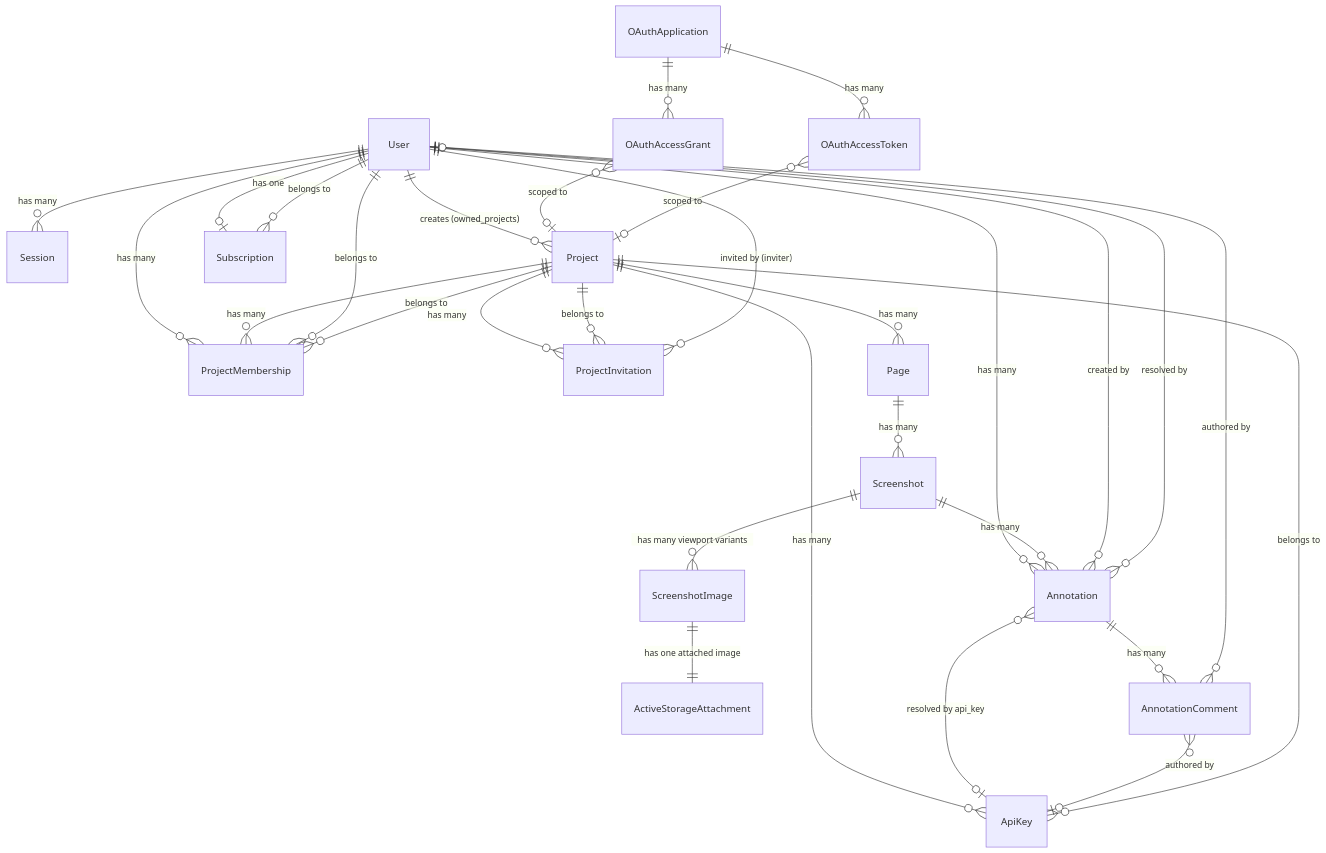
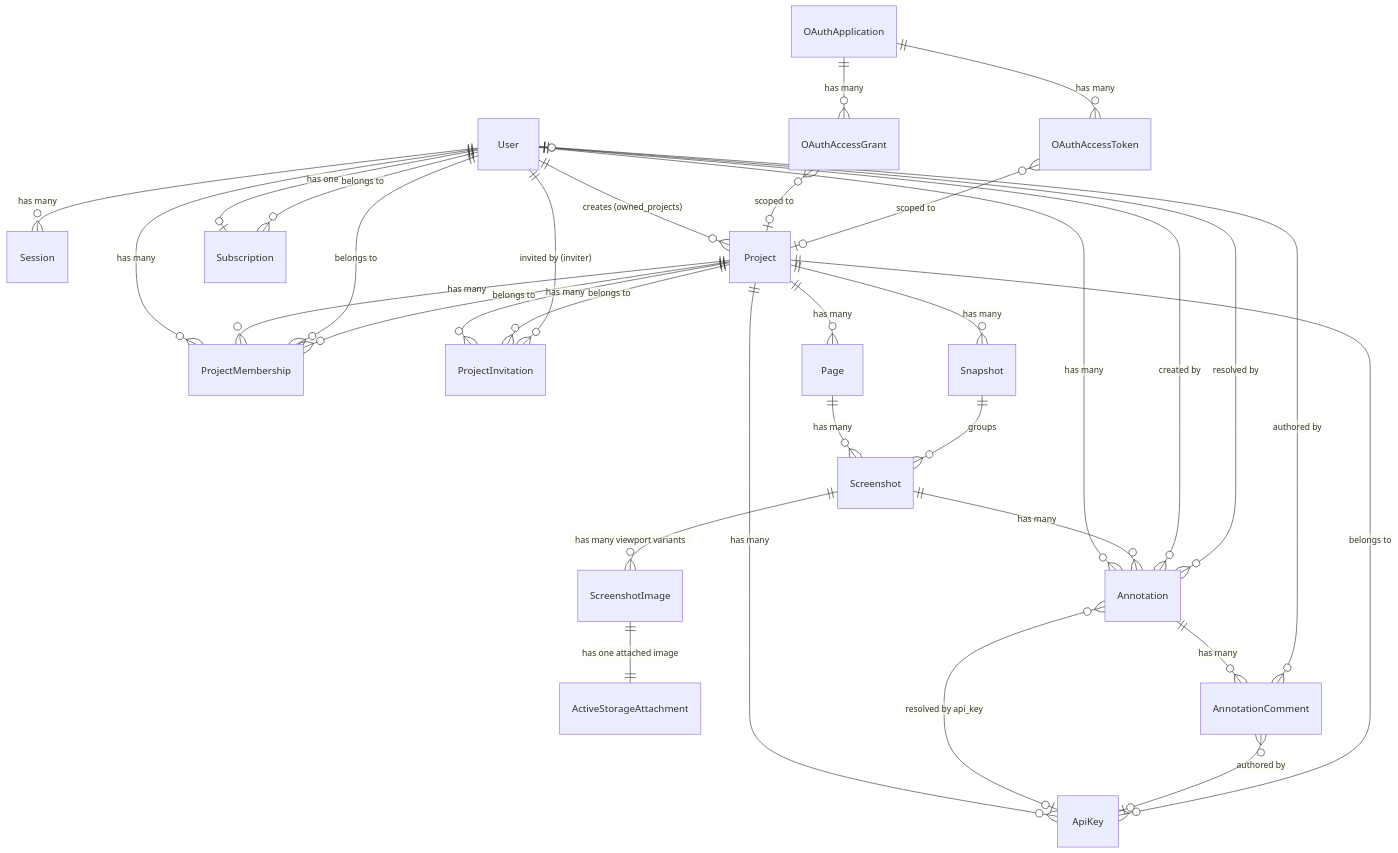
One commit to ivankuznetsov/screenote changed the diagram in wiki/data-model.md. Above: the diagram before and after it, drawn with Mermaid. The commit also changed other lines of this file and 5 other files, not shown here.

````diff
--- a/wiki/data-model.md
+++ b/wiki/data-model.md
@@ -18,42 +18,45 @@
 ```mermaid
 erDiagram
     User ||--o{ Session : "has many"
     User ||--o{ Project : "creates (owned_projects)"
     User ||--o{ ProjectMembership : "has many"
     User ||--o{ Annotation : "has many"
     User ||--o| Subscription : "has one"
 
     Project ||--o{ ProjectMembership : "has many"
     Project ||--o{ ProjectInvitation : "has many"
     Project ||--o{ Page : "has many"
     Project ||--o{ ApiKey : "has many"
+    Project ||--o{ Snapshot : "has many"
 
     Page ||--o{ Screenshot : "has many"
+
+    Snapshot ||--o{ Screenshot : "groups"
 
     Screenshot ||--o{ ScreenshotImage : "has many viewport variants"
     Screenshot ||--o{ Annotation : "has many"
     ScreenshotImage ||--|| ActiveStorageAttachment : "has one attached image"
 
     Annotation ||--o{ AnnotationComment : "has many"
     Annotation }o--|| User : "created by"
     Annotation }o--o| User : "resolved by"
     Annotation }o--o| ApiKey : "resolved by api_key"
 
     AnnotationComment }o--o| User : "authored by"
     AnnotationComment }o--o| ApiKey : "authored by"
 
     ProjectMembership }o--|| User : "belongs to"
     ProjectMembership }o--|| Project : "belongs to"
 
     ProjectInvitation }o--|| Project : "belongs to"
     ProjectInvitation }o--|| User : "invited by (inviter)"
 
     ApiKey }o--|| Project : "belongs to"
 
     Subscription }o--|| User : "belongs to"
 
     OAuthApplication ||--o{ OAuthAccessGrant : "has many"
     OAuthApplication ||--o{ OAuthAccessToken : "has many"
     OAuthAccessGrant }o--o| Project : "scoped to"
     OAuthAccessToken }o--o| Project : "scoped to"
 ```
````
